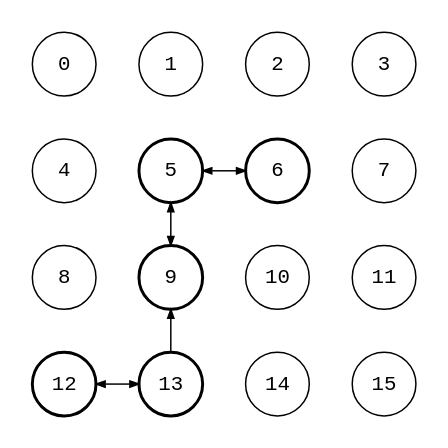
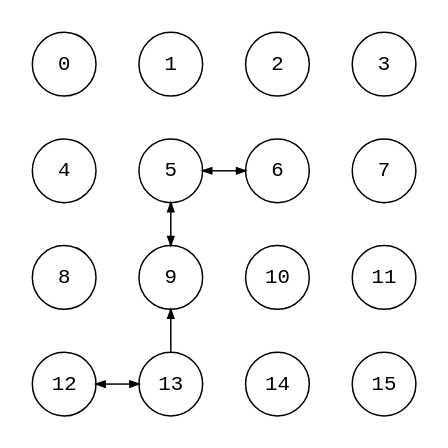
The diagram in src/kattis_escapewallmaria_2.dot (bsdrks/graaf-images), drawn with Graphviz before and after one commit. The commit also changed 21 other files, not shown here.

Commit message:
unify diagram style

```diff
--- a/src/kattis_escapewallmaria_2.dot
+++ b/src/kattis_escapewallmaria_2.dot
@@ -1,29 +1,23 @@
 digraph {
     node [shape=circle, fontname="monospace", fixedsize=true, width=0.6, height=0.6];
     edge [arrowsize=0.6, fontname="monospace"];
     pad=0.2;
     nodesep=0.4;
     ranksep=0.4;
-
-    5 [style=bold];
-    6 [style=bold];
-    9 [style=bold];
-    12 [style=bold];
-    13 [style=bold];
 
     5 -> {6, 9} [dir=both];
     12 -> {13} [dir=both];
     13 -> {9};
 
     edge [style=invis];
 
     0 -> 4 -> 8 -> 12;
     1 -> 5;
     2 -> 6 -> 10 -> 14;
     3 -> 7 -> 11 -> 15;
 
     rank=same {0; 1; 2; 3};
     rank=same {4; 5; 6; 7};
     rank=same {8; 9; 10; 11};
     rank=same {12; 13; 14; 15};
 }
```
